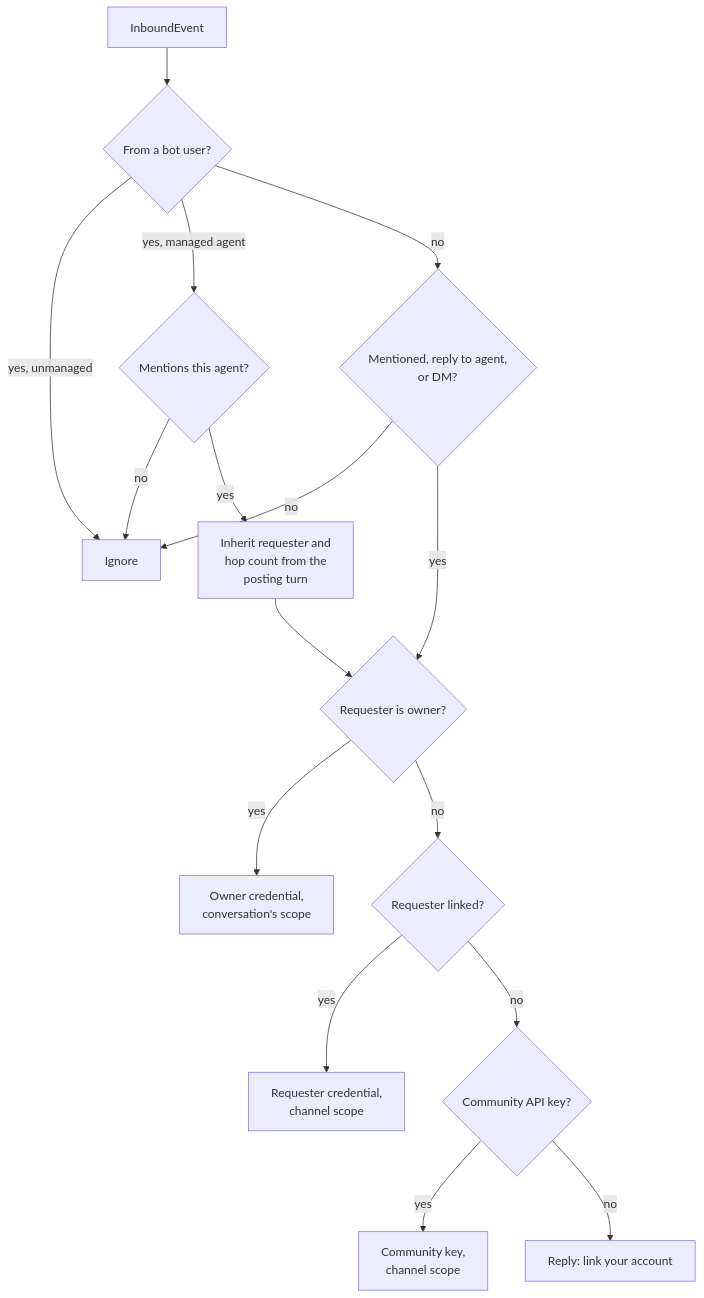
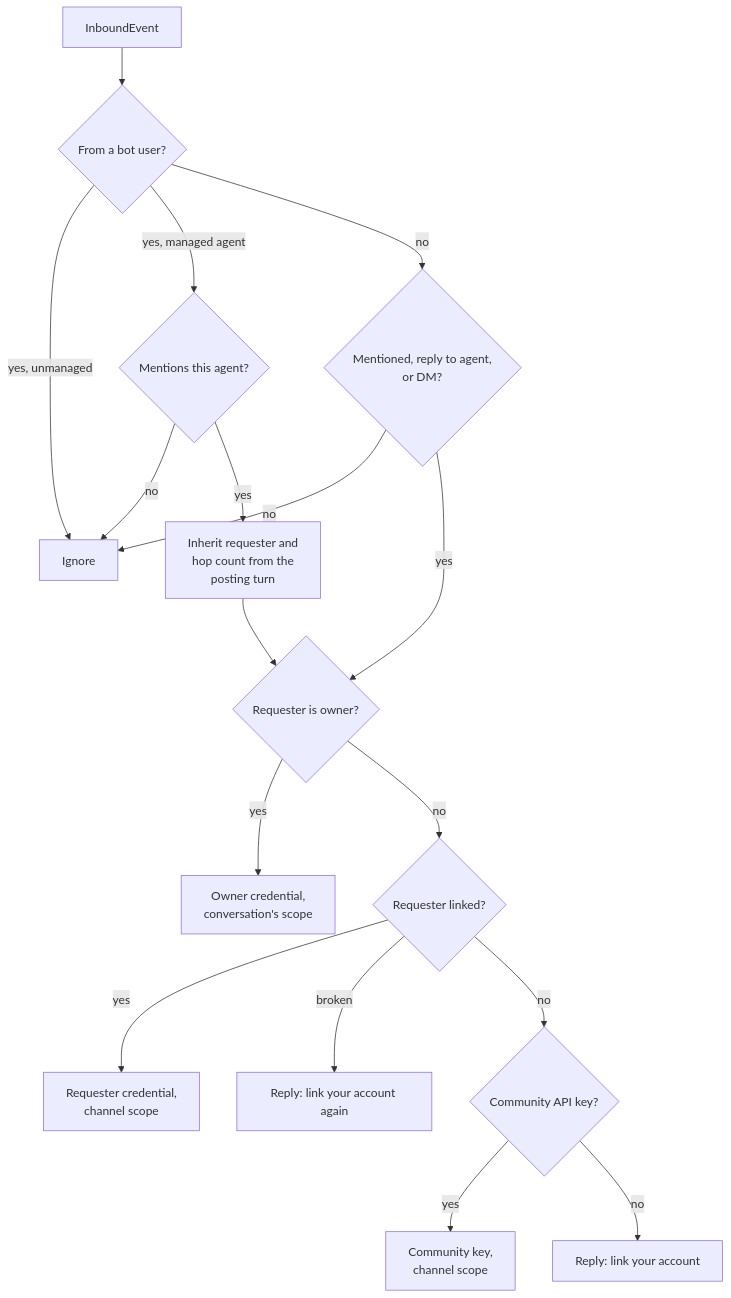
One commit to agentsky/agent-core changed the fourth of 7 diagrams in docs/design.md. Above: the diagram before and after it, drawn with Mermaid. The commit also changed other lines of this file and 17 other files, not shown here.

````diff
--- a/docs/design.md
+++ b/docs/design.md
@@ -342,18 +342,19 @@
 ```mermaid
 flowchart TD
     E["InboundEvent"] --> B{"From a bot user?"}
     B -->|"yes, unmanaged"| X["Ignore"]
     B -->|"yes, managed agent"| M{"Mentions this agent?"}
     M -- no --> X
     M -- yes --> H["Inherit requester and<br/>hop count from the<br/>posting turn"]
     B -- no --> G{"Mentioned, reply to agent,<br/>or DM?"}
     G -- no --> X
     G -- yes --> O{"Requester is owner?"}
     H --> O
     O -- yes --> OC["Owner credential,<br/>conversation's scope"]
     O -- no --> L{"Requester linked?"}
     L -- yes --> RQ["Requester credential,<br/>channel scope"]
+    L -- "broken" --> RL["Reply: link your account again"]
     L -- no --> K{"Community API key?"}
     K -- yes --> CK["Community key,<br/>channel scope"]
     K -- no --> LK["Reply: link your account"]
 ```
````
